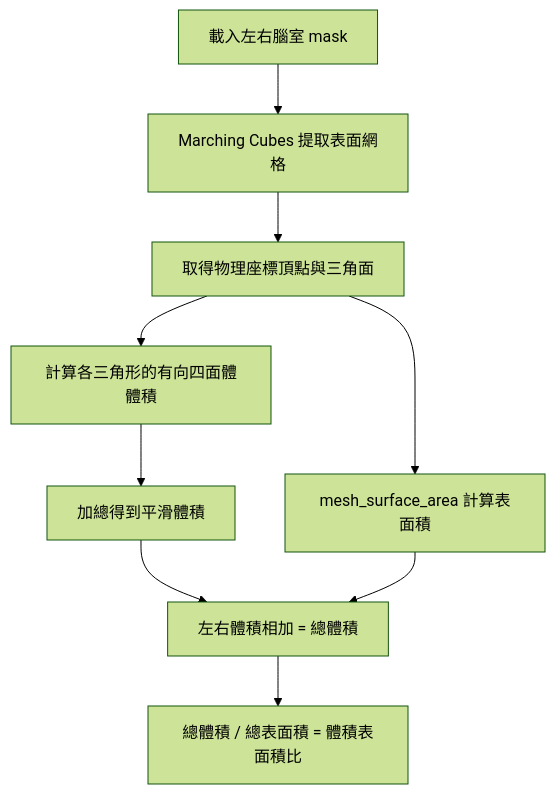
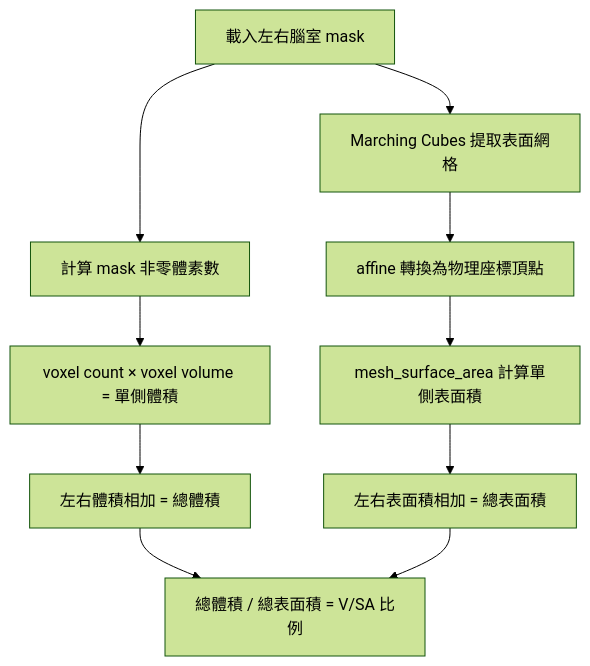
The fourth of 5 diagrams in docs/ALGORITHMS.md (Jimmyluluu/3d-nph-indicators), drawn with Mermaid (forest theme) before and after one commit. The commit also changed other lines of this file and 1 other file, not shown here.

````diff
--- a/docs/ALGORITHMS.md
+++ b/docs/ALGORITHMS.md
@@ -475,11 +475,12 @@
 ```mermaid
 flowchart TD
-    A[載入左右腦室 mask] --> B[Marching Cubes 提取表面網格]
-    B --> C[取得物理座標頂點與三角面]
-    C --> D[計算各三角形的有向四面體體積]
-    D --> E[加總得到平滑體積]
-    C --> F[mesh_surface_area 計算表面積]
-    E --> G[左右體積相加 = 總體積]
-    F --> G
-    G --> H[總體積 / 總表面積 = 體積表面積比]
+    A[載入左右腦室 mask] --> B[計算 mask 非零體素數]
+    B --> C[voxel count × voxel volume = 單側體積]
+    A --> D[Marching Cubes 提取表面網格]
+    D --> E[affine 轉換為物理座標頂點]
+    E --> F[mesh_surface_area 計算單側表面積]
+    C --> G[左右體積相加 = 總體積]
+    F --> H[左右表面積相加 = 總表面積]
+    G --> I[總體積 / 總表面積 = V/SA 比例]
+    H --> I
 ```
````
